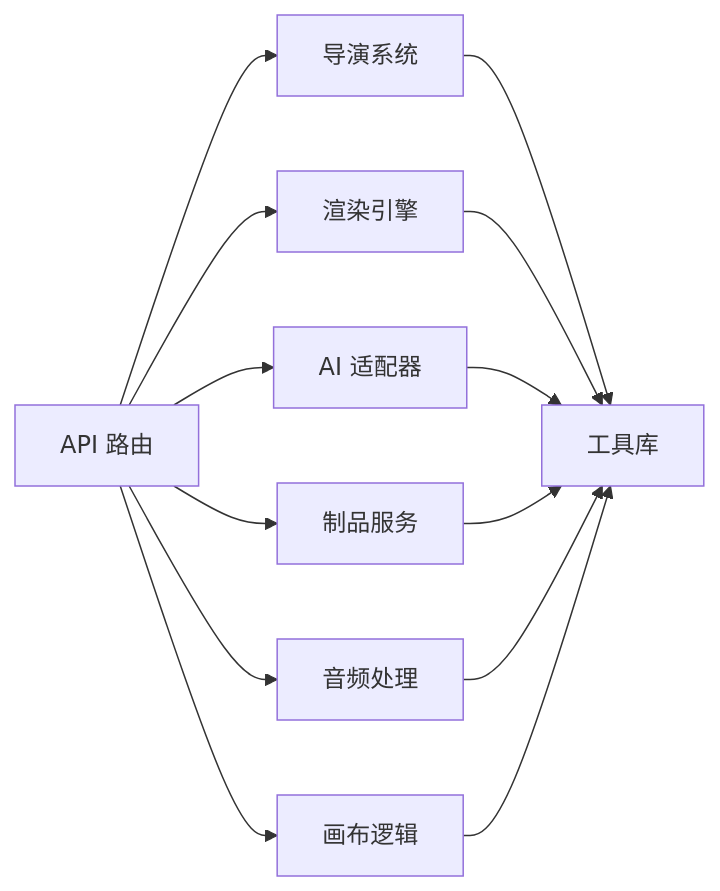
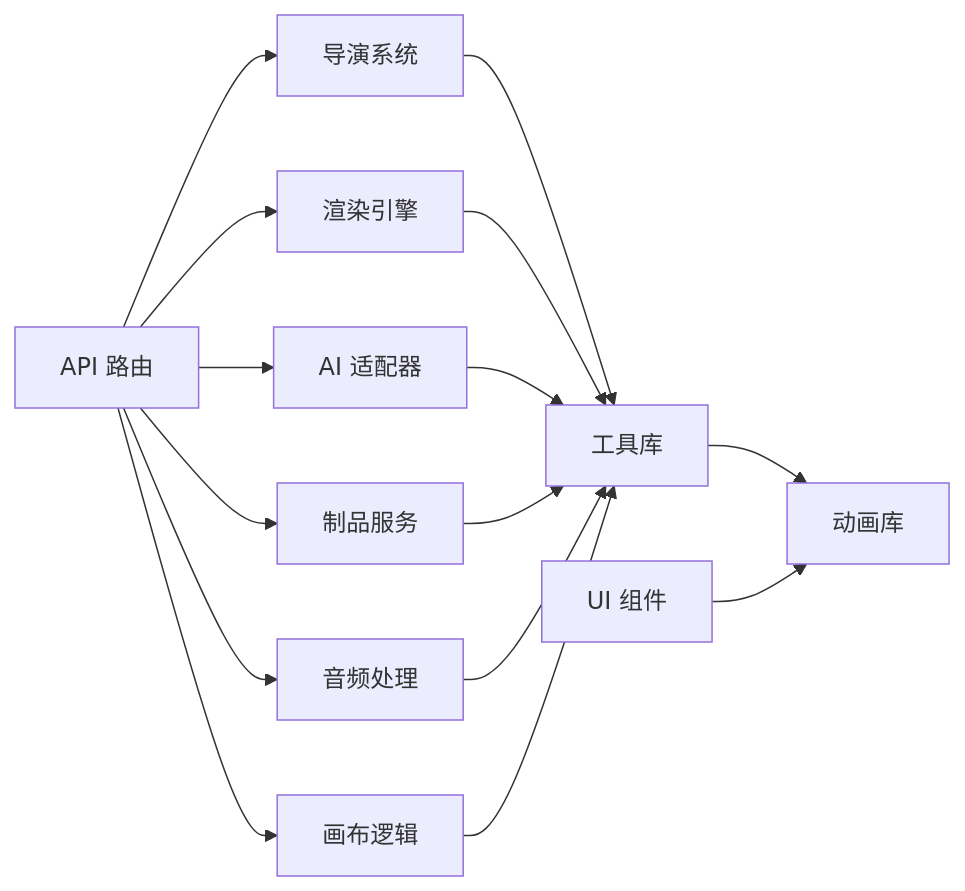
Diagram 11 of 11 in .qoder/repowiki/zh/content/架构设计/架构设计.md (AIMFllyYS/code-video-canvas), drawn with Mermaid before and after one commit. The commit also changed other lines of this file and 18 other files, not shown here.

````diff
--- a/.qoder/repowiki/zh/content/架构设计/架构设计.md
+++ b/.qoder/repowiki/zh/content/架构设计/架构设计.md
@@ -667,15 +749,17 @@
 ```mermaid
 graph LR
 API["API 路由"] --> Dir["导演系统"]
 API --> Ren["渲染引擎"]
 API --> AI["AI 适配器"]
 API --> Art["制品服务"]
 API --> Aud["音频处理"]
 API --> Can["画布逻辑"]
 Dir --> Lib["工具库"]
 Ren --> Lib
 AI --> Lib
 Art --> Lib
 Aud --> Lib
 Can --> Lib
+Lib --> Motion["动画库"]
+UI["UI 组件"] --> Motion
 ```
````
